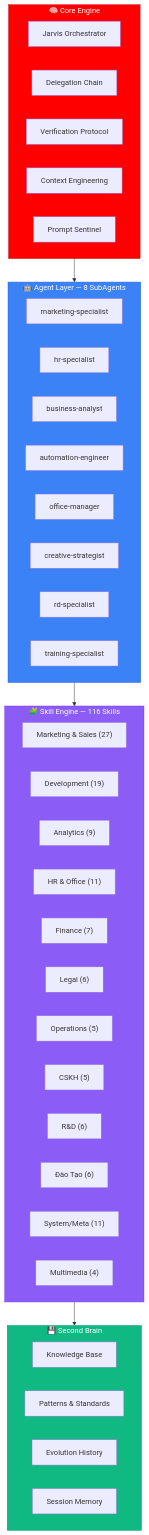
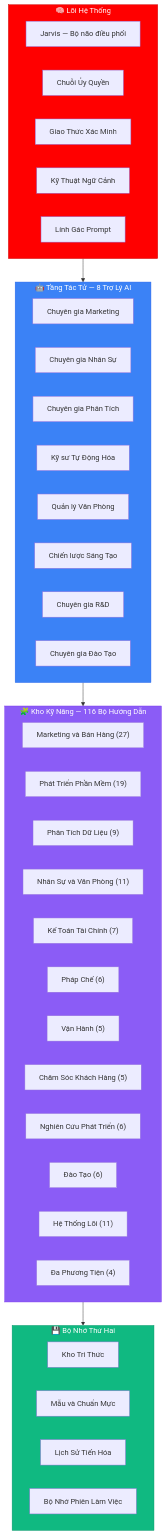
One commit to xaotiensinh-abm/abm-workforce changed the second of 5 diagrams in README.md. Above: the diagram before and after it, drawn with Mermaid. The commit also changed other lines of this file, not shown here.

````diff
--- a/README.md
+++ b/README.md
@@ -86,52 +90,52 @@
 ```mermaid
 graph TB
-    subgraph CORE["🧠 Core Engine"]
-        J["Jarvis Orchestrator"]
-        DC["Delegation Chain"]
-        VBC["Verification Protocol"]
-        CE["Context Engineering"]
-        PS["Prompt Sentinel"]
+    subgraph CORE["🧠 Lõi Hệ Thống"]
+        J["Jarvis — Bộ não điều phối"]
+        DC["Chuỗi Ủy Quyền"]
+        VBC["Giao Thức Xác Minh"]
+        CE["Kỹ Thuật Ngữ Cảnh"]
+        PS["Lính Gác Prompt"]
     end
 
-    subgraph AGENTS["🤖 Agent Layer — 8 SubAgents"]
-        SA1["marketing-specialist"]
-        SA2["hr-specialist"]
-        SA3["business-analyst"]
-        SA4["automation-engineer"]
-        SA5["office-manager"]
-        SA6["creative-strategist"]
-        SA7["rd-specialist"]
-        SA8["training-specialist"]
+    subgraph AGENTS["🤖 Tầng Tác Tử — 8 Trợ Lý AI"]
+        SA1["Chuyên gia Marketing"]
+        SA2["Chuyên gia Nhân Sự"]
+        SA3["Chuyên gia Phân Tích"]
+        SA4["Kỹ sư Tự Động Hóa"]
+        SA5["Quản lý Văn Phòng"]
+        SA6["Chiến lược Sáng Tạo"]
+        SA7["Chuyên gia R&D"]
+        SA8["Chuyên gia Đào Tạo"]
     end
 
-    subgraph SKILLS["🧩 Skill Engine — 116 Skills"]
-        S1["Marketing & Sales (27)"]
-        S2["Development (19)"]
-        S3["Analytics (9)"]
-        S4["HR & Office (11)"]
-        S5["Finance (7)"]
-        S6["Legal (6)"]
-        S7["Operations (5)"]
-        S8["CSKH (5)"]
-        S9["R&D (6)"]
+    subgraph SKILLS["🧩 Kho Kỹ Năng — 116 Bộ Hướng Dẫn"]
+        S1["Marketing và Bán Hàng (27)"]
+        S2["Phát Triển Phần Mềm (19)"]
+        S3["Phân Tích Dữ Liệu (9)"]
+        S4["Nhân Sự và Văn Phòng (11)"]
+        S5["Kế Toán Tài Chính (7)"]
+        S6["Pháp Chế (6)"]
+        S7["Vận Hành (5)"]
+        S8["Chăm Sóc Khách Hàng (5)"]
+        S9["Nghiên Cứu Phát Triển (6)"]
         S10["Đào Tạo (6)"]
-        S11["System/Meta (11)"]
-        S12["Multimedia (4)"]
+        S11["Hệ Thống Lõi (11)"]
+        S12["Đa Phương Tiện (4)"]
     end
 
-    subgraph MEMORY["💾 Second Brain"]
-        M1["Knowledge Base"]
-        M2["Patterns & Standards"]
-        M3["Evolution History"]
-        M4["Session Memory"]
+    subgraph MEMORY["💾 Bộ Nhớ Thứ Hai"]
+        M1["Kho Tri Thức"]
+        M2["Mẫu và Chuẩn Mực"]
+        M3["Lịch Sử Tiến Hóa"]
+        M4["Bộ Nhớ Phiên Làm Việc"]
     end
 
     CORE --> AGENTS
     AGENTS --> SKILLS
     SKILLS --> MEMORY
 
     style CORE fill:#FF0000,stroke:#cc0000,color:#fff
     style AGENTS fill:#3b82f6,stroke:#2563eb,color:#fff
     style SKILLS fill:#8b5cf6,stroke:#7c3aed,color:#fff
     style MEMORY fill:#10b981,stroke:#059669,color:#fff
 ```
````
